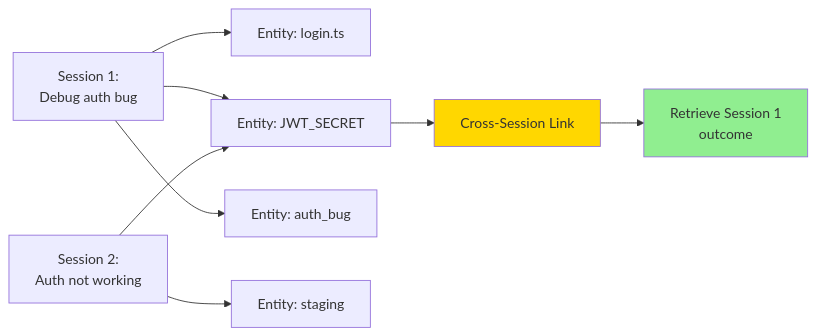
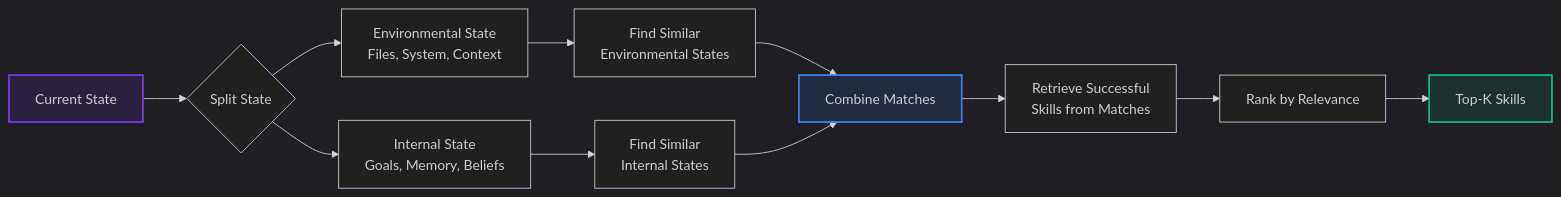
Diagram 12 of 22 in lyra-upgrade/00-architecture/memory-architecture.md (ndqkhanh/lyra), drawn with Mermaid before and after one commit. The commit also changed other lines of this file and 593 other files, not shown here.

````diff
--- a/lyra-upgrade/00-architecture/memory-architecture.md
+++ b/lyra-upgrade/00-architecture/memory-architecture.md
@@ -348,15 +407,21 @@
 ```mermaid
-graph LR
-    S1[Session 1:<br/>Debug auth bug] --> E1[Entity: login.ts]
-    S1 --> E2[Entity: JWT_SECRET]
-    S1 --> E3[Entity: auth_bug]
+%%{init: {'theme': 'dark'}}%%
+flowchart LR
+    Current[Current State] --> Split{Split State}
+    Split --> Env[Environmental State<br/>Files, System, Context]
+    Split --> Internal[Internal State<br/>Goals, Memory, Beliefs]
     
-    S2[Session 2:<br/>Auth not working] --> E2
-    S2 --> E4[Entity: staging]
+    Env --> EnvMatch[Find Similar<br/>Environmental States]
+    Internal --> IntMatch[Find Similar<br/>Internal States]
     
-    E2 --> Link[Cross-Session Link]
-    Link --> Recall[Retrieve Session 1<br/>outcome]
+    EnvMatch --> Combine[Combine Matches]
+    IntMatch --> Combine
     
-    style Link fill:#FFD700
-    style Recall fill:#90EE90
+    Combine --> Skills[Retrieve Successful<br/>Skills from Matches]
+    Skills --> Rank[Rank by Relevance]
+    Rank --> Results[Top-K Skills]
+    
+    style Current fill:#7c3aed20,stroke:#7c3aed,stroke-width:2px
+    style Combine fill:#3b82f620,stroke:#3b82f6,stroke-width:2px
+    style Results fill:#10b98120,stroke:#10b981,stroke-width:2px
 ```
````
